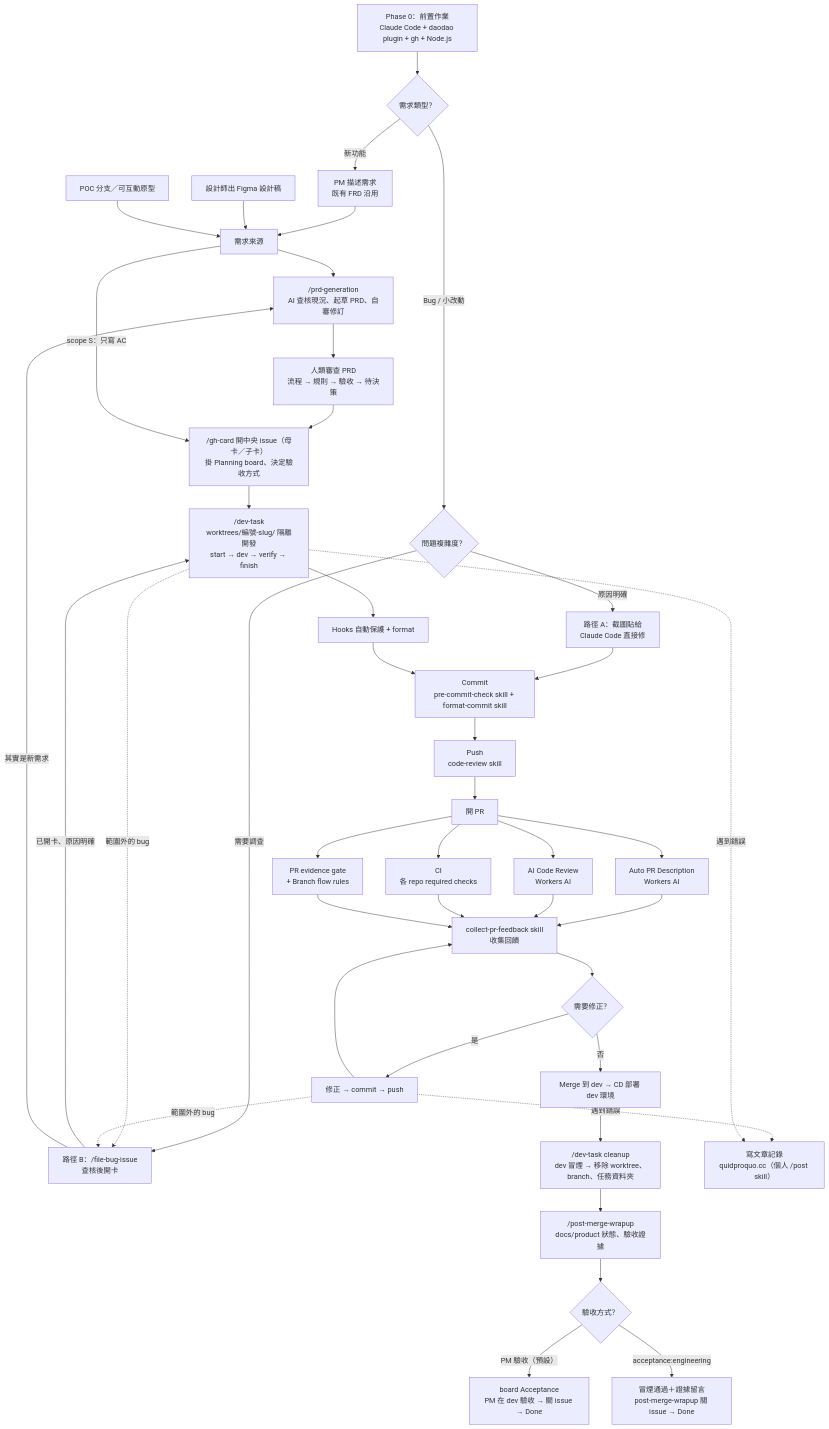
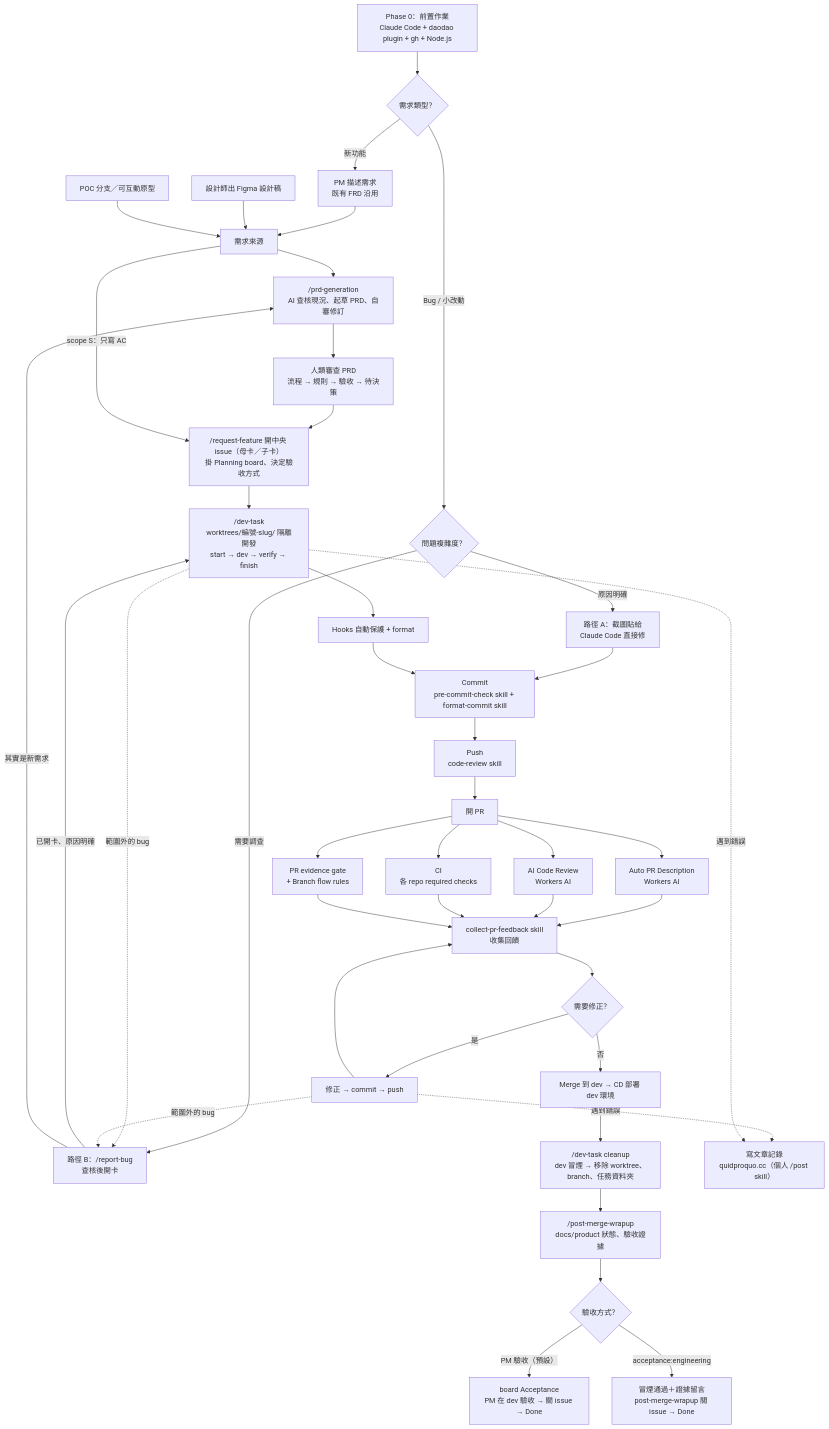
Before and after one commit to daodaoedu/daodao: the diagram in docs/workflow.md, drawn with Mermaid. The commit also changed other lines of this file and 79 other files, not shown here.

````diff
--- a/docs/workflow.md
+++ b/docs/workflow.md
@@ -23,46 +23,46 @@
 ```mermaid
 flowchart TD
     A0["Phase 0：前置作業<br/>Claude Code + daodao plugin + gh + Node.js"] --> BUG{"需求類型？"}
 
     BUG -- "新功能" --> A1
     A1[PM 描述需求<br/>既有 FRD 沿用] --> A4[需求來源]
     A2[設計師出 Figma 設計稿] --> A4
     A3[POC 分支／可互動原型] --> A4
     A4 --> B["/prd-generation<br/>AI 查核現況、起草 PRD、自審修訂"]
 
     BUG -- "Bug / 小改動" --> BUGPATH{"問題複雜度？"}
     BUGPATH -- "原因明確" --> BUGA["路徑 A：截圖貼給<br/>Claude Code 直接修"]
     BUGA --> H
-    BUGPATH -- "需要調查" --> BUGB["路徑 B：/file-bug-issue<br/>查核後開卡"]
+    BUGPATH -- "需要調查" --> BUGB["路徑 B：/report-bug<br/>查核後開卡"]
     BUGB -- "已開卡、原因明確" --> F
     BUGB -- "其實是新需求" --> B
     B --> E["人類審查 PRD<br/>流程 → 規則 → 驗收 → 待決策"]
-    E --> E2["/gh-card 開中央 issue（母卡／子卡）<br/>掛 Planning board、決定驗收方式"]
+    E --> E2["/request-feature 開中央 issue（母卡／子卡）<br/>掛 Planning board、決定驗收方式"]
     A4 -- "scope S：只寫 AC" --> E2
     E2 --> F["/dev-task<br/>worktrees/編號-slug/ 隔離開發<br/>start → dev → verify → finish"]
     F --> G["Hooks 自動保護 + format"]
     G --> H["Commit<br/>pre-commit-check skill + format-commit skill"]
     H --> I["Push<br/>code-review skill"]
     I --> J[開 PR]
 
     J --> K["Auto PR Description<br/>Workers AI"]
     J --> L["AI Code Review<br/>Workers AI"]
     J --> N["CI<br/>各 repo required checks"]
     J --> V["PR evidence gate<br/>+ Branch flow rules"]
 
     K & L & N & V --> O["collect-pr-feedback skill<br/>收集回饋"]
     O --> P{需要修正？}
     P -- 是 --> Q[修正 → commit → push] --> O
     P -- 否 --> R[Merge 到 dev → CD 部署 dev 環境]
     R --> S["/dev-task cleanup<br/>dev 冒煙 → 移除 worktree、branch、任務資料夾"]
     S --> T["/post-merge-wrapup<br/>docs/product 狀態、驗收證據"]
 
     Q -. 遇到錯誤 .-> U["寫文章記錄<br/>quidproquo.cc（個人 /post skill）"]
     F -. 遇到錯誤 .-> U
     F -. 範圍外的 bug .-> BUGB
     Q -. 範圍外的 bug .-> BUGB
 
     T --> Z{"驗收方式？"}
     Z -- "PM 驗收（預設）" --> Z1["board Acceptance<br/>PM 在 dev 驗收 → 關 issue → Done"]
     Z -- "acceptance:engineering" --> Z2["冒煙通過＋證據留言<br/>post-merge-wrapup 關 issue → Done"]
 ```
````
